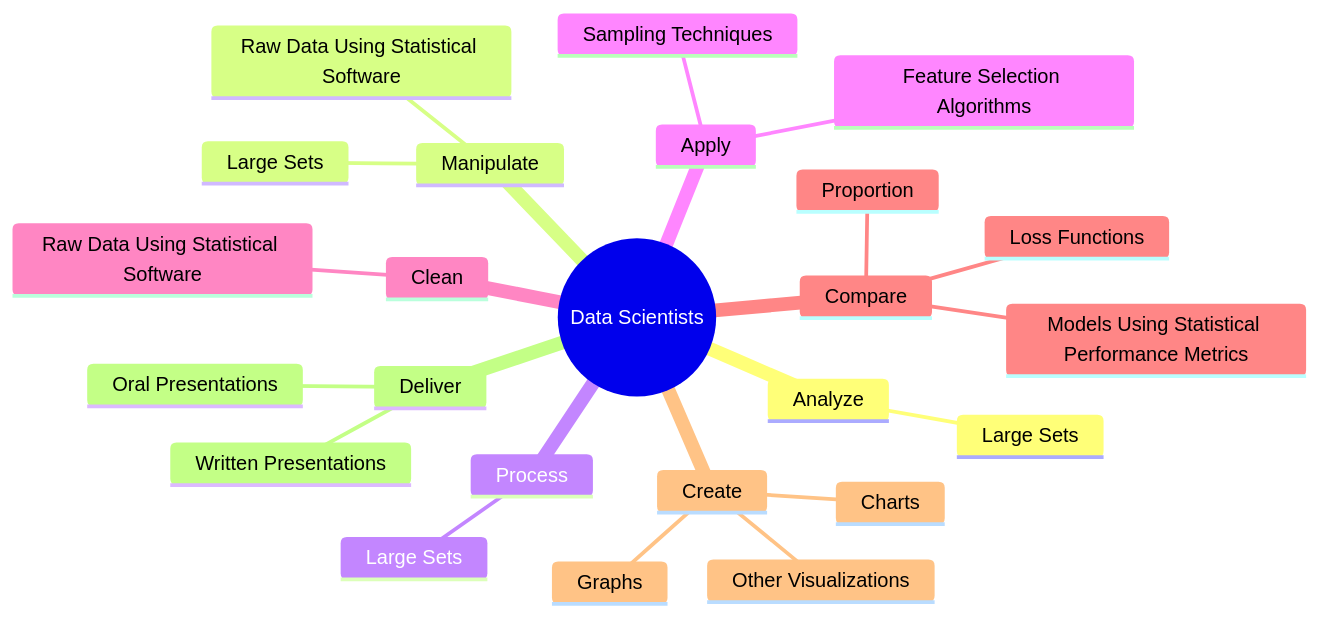
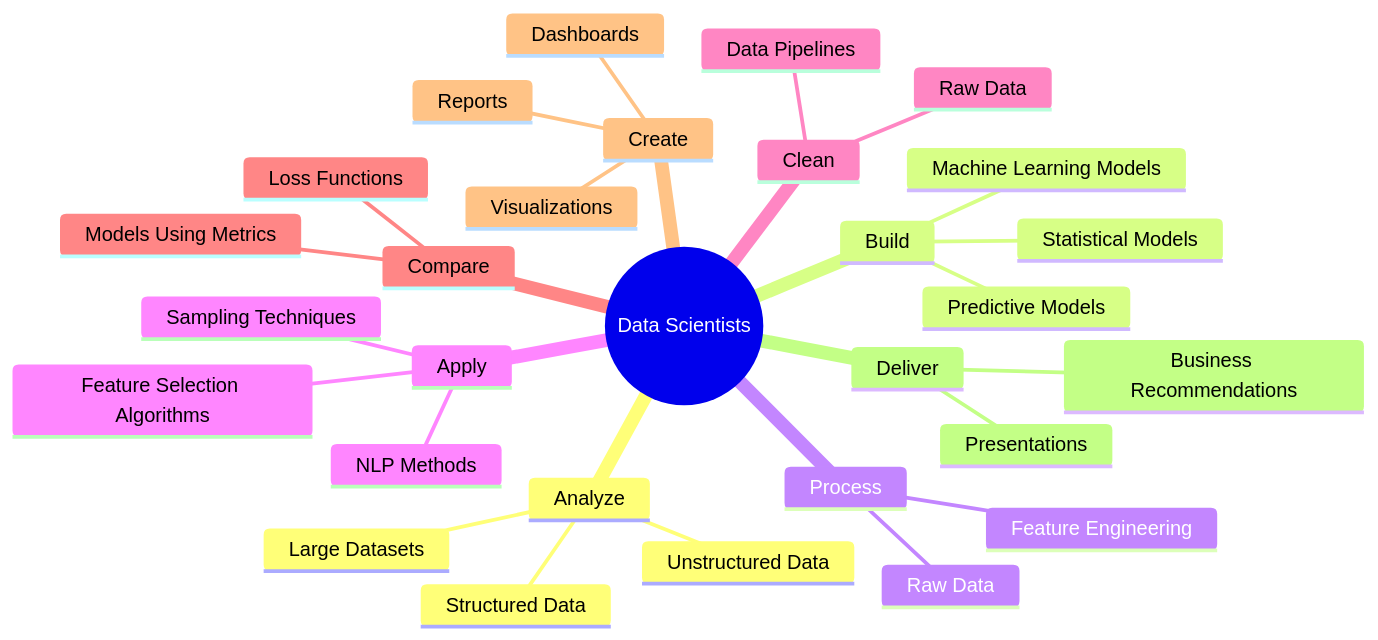
One commit to kziemski/business.org.ai changed the second of 4 diagrams in occupations/Technology/DataScientists.mdx. Above: the diagram before and after it, drawn with Mermaid. The commit also changed other lines of this file and 938 other files, not shown here.

````diff
--- a/occupations/Technology/DataScientists.mdx
+++ b/occupations/Technology/DataScientists.mdx
@@ -39,27 +47,32 @@
 ```mermaid
 mindmap
     root(("Data Scientists"))
         Analyze
-            Large Sets
-        Manipulate
-            Large Sets
-            Raw Data Using Statistical Software
+            Large Datasets
+            Structured Data
+            Unstructured Data
+        Build
+            Machine Learning Models
+            Predictive Models
+            Statistical Models
         Process
-            Large Sets
+            Raw Data
+            Feature Engineering
         Apply
             Feature Selection Algorithms
             Sampling Techniques
+            NLP Methods
         Clean
-            Raw Data Using Statistical Software
+            Raw Data
+            Data Pipelines
         Compare
-            Models Using Statistical Performance Metrics
+            Models Using Metrics
             Loss Functions
-            Proportion
         Create
-            Graphs
-            Charts
-            Other Visualizations
+            Visualizations
+            Dashboards
+            Reports
         Deliver
-            Oral Presentations
-            Written Presentations
+            Presentations
+            Business Recommendations
 ```
````
